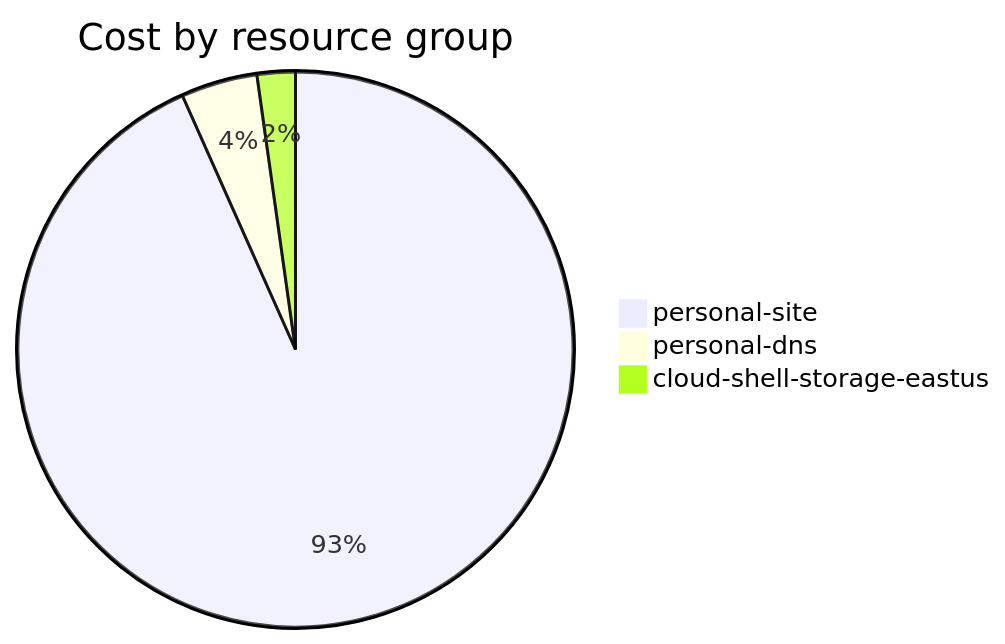
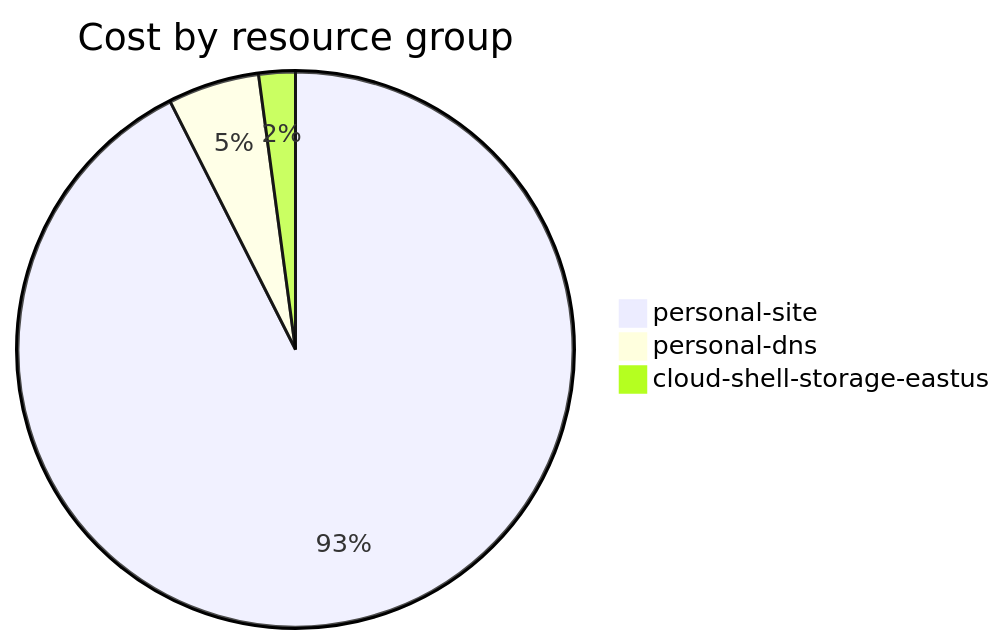
The fourth of 4 diagrams in cost-reports/accumulated-cost.md (jpfulton/azure-personal-reports), drawn with Mermaid before and after one commit. The commit also changed other lines of this file and 4 other files, not shown here.

````diff
--- a/cost-reports/accumulated-cost.md
+++ b/cost-reports/accumulated-cost.md
@@ -135,7 +139,7 @@
 ```mermaid
 pie
    title Cost by resource group
-   "personal-site" : 0.42
-   "personal-dns" : 0.02
-   "cloud-shell-storage-eastus" : 0.01
+   "personal-site" : 0.87
+   "personal-dns" : 0.05
+   "cloud-shell-storage-eastus" : 0.02
 ```
````
